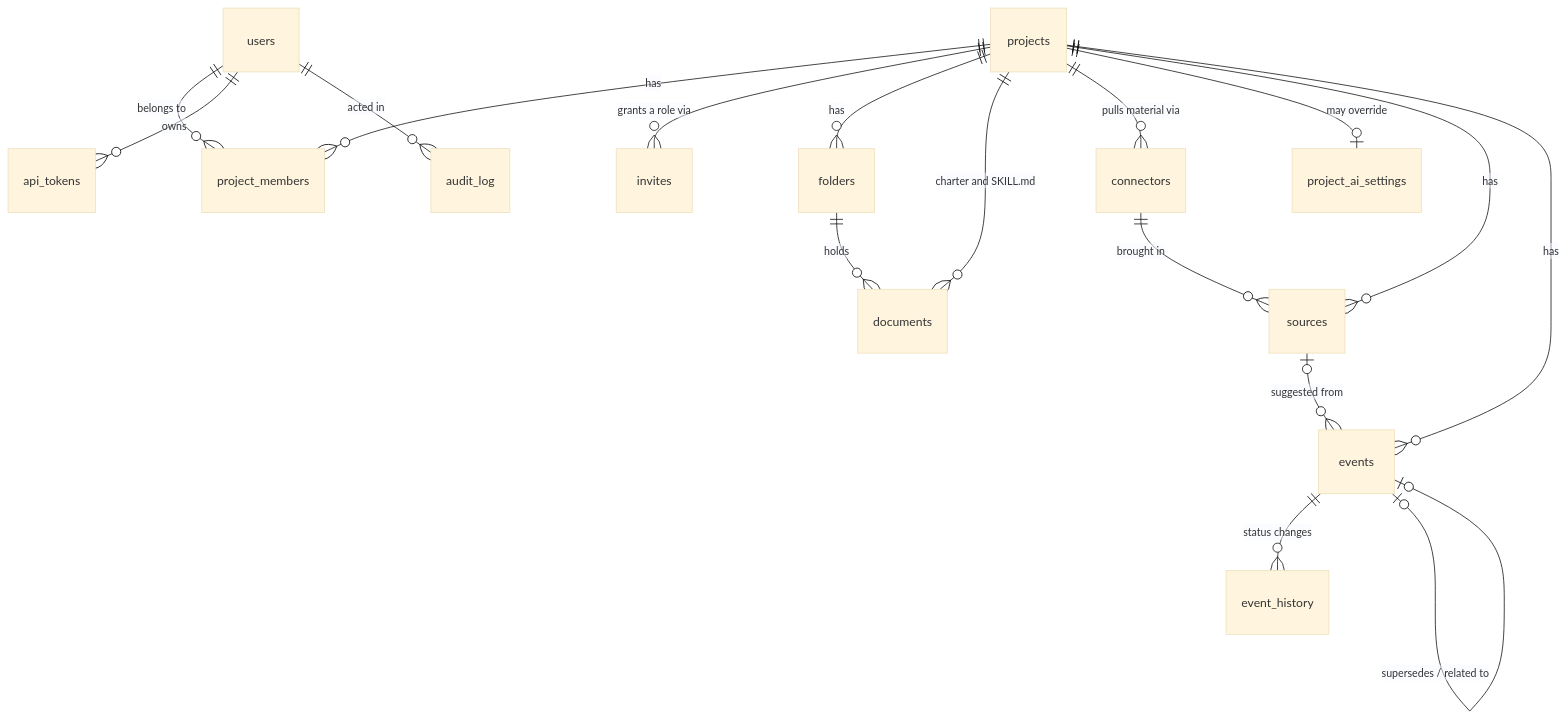
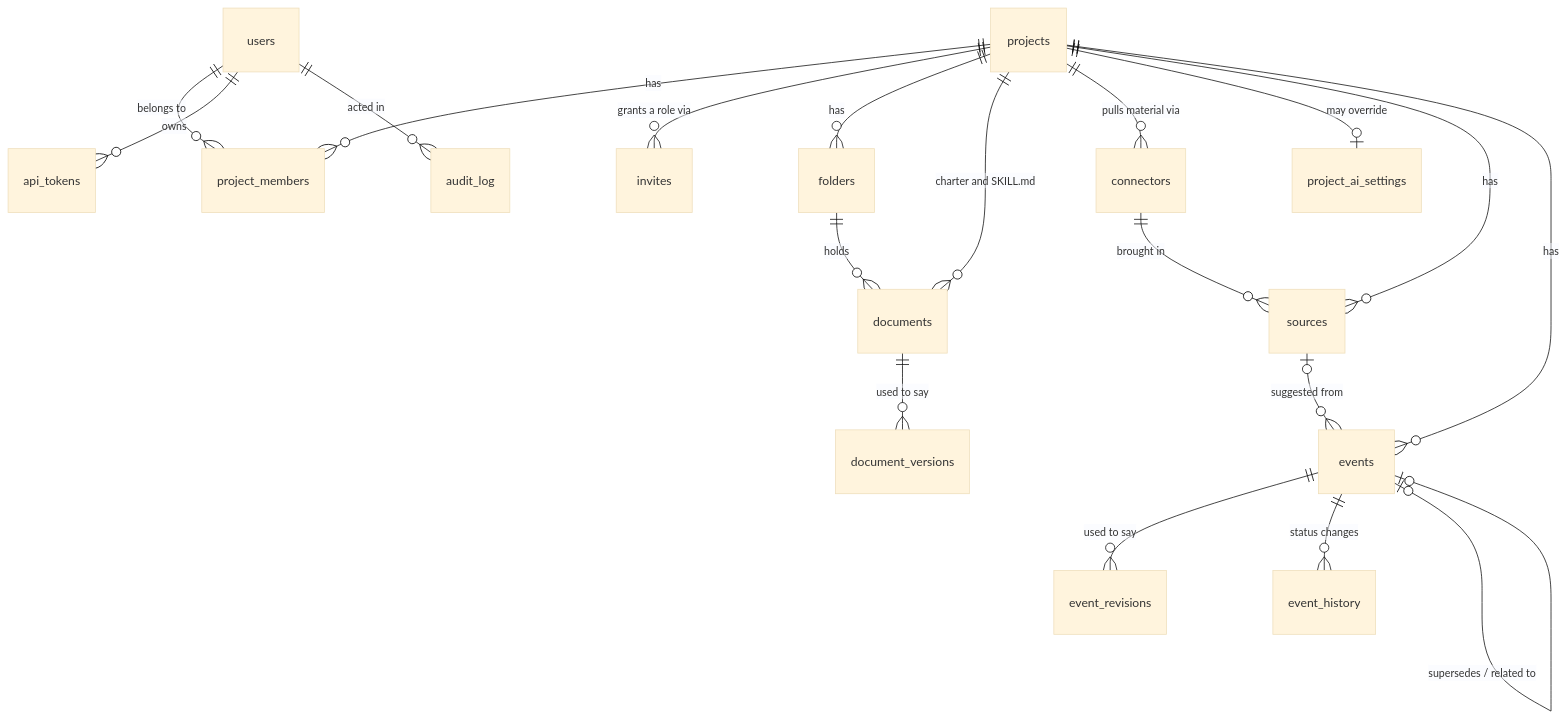
The second of 3 diagrams in ARCHITECTURE.md (161402059SGS/TooGather), drawn with Mermaid (base theme) before and after one commit. The commit also changed other lines of this file and 26 other files, not shown here.

````diff
--- a/ARCHITECTURE.md
+++ b/ARCHITECTURE.md
@@ -83,19 +85,21 @@
 ```mermaid
 erDiagram
     users ||--o{ project_members : "belongs to"
     projects ||--o{ project_members : has
     projects ||--o{ invites : "grants a role via"
     projects ||--o{ folders : has
     folders ||--o{ documents : holds
     projects ||--o{ documents : "charter and SKILL.md"
+    documents ||--o{ document_versions : "used to say"
+    events ||--o{ event_revisions : "used to say"
     projects ||--o{ connectors : "pulls material via"
     connectors ||--o{ sources : "brought in"
     projects ||--o| project_ai_settings : "may override"
     projects ||--o{ sources : has
     projects ||--o{ events : has
     sources |o--o{ events : "suggested from"
     events ||--o{ event_history : "status changes"
     events |o--o| events : "supersedes / related to"
     users ||--o{ api_tokens : owns
     users ||--o{ audit_log : "acted in"
 ```
````
